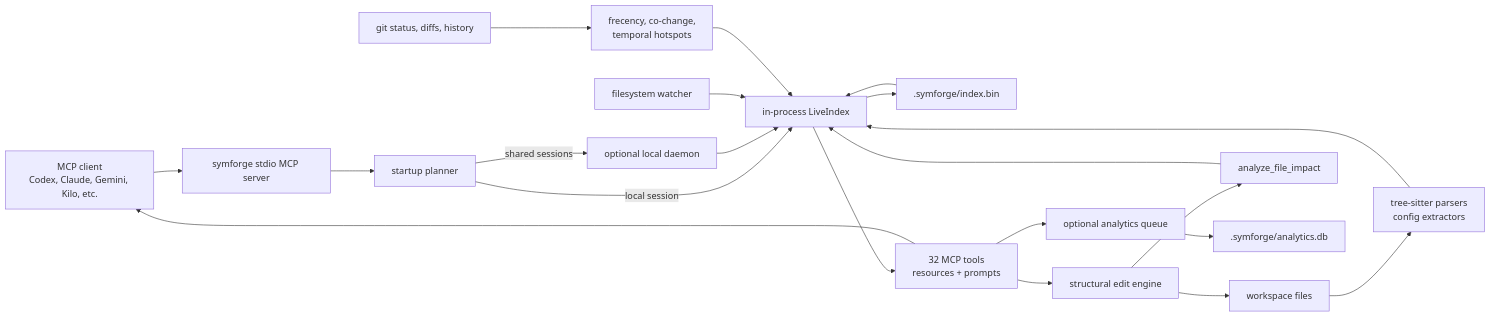
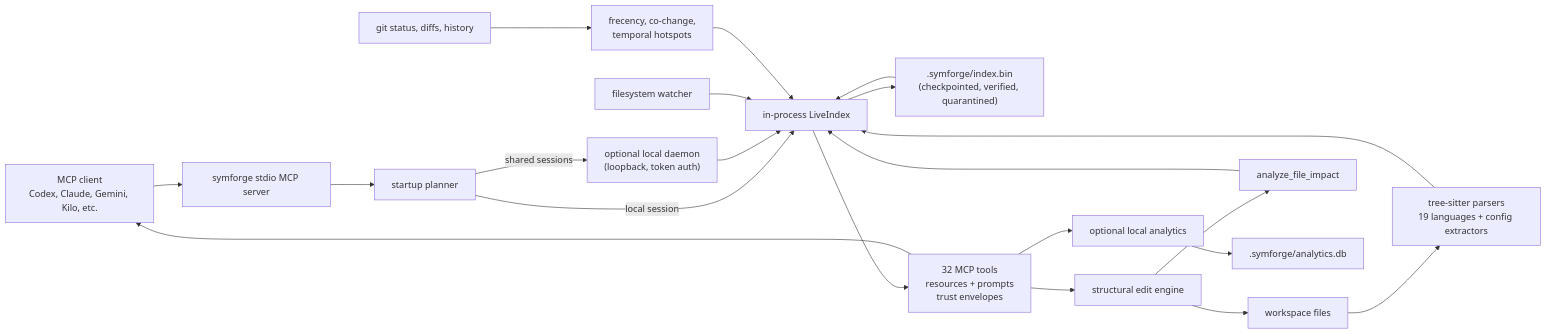
The first of 2 diagrams in README.md (special-place-ai-heaven/symforge), drawn with Mermaid before and after one commit. The commit also changed other lines of this file, not shown here.

````diff
--- a/README.md
+++ b/README.md
@@ -61,29 +126,29 @@
 ```mermaid
 flowchart LR
     Client["MCP client<br/>Codex, Claude, Gemini, Kilo, etc."] --> Server["symforge stdio MCP server"]
 
     Server --> Startup["startup planner"]
     Startup -->|local session| Local["in-process LiveIndex"]
-    Startup -->|shared sessions| Daemon["optional local daemon"]
+    Startup -->|shared sessions| Daemon["optional local daemon<br/>(loopback, token auth)"]
     Daemon --> Local
 
-    Workspace["workspace files"] --> Parser["tree-sitter parsers<br/>config extractors"]
+    Workspace["workspace files"] --> Parser["tree-sitter parsers<br/>19 languages + config extractors"]
     Parser --> Local
     Watcher["filesystem watcher"] --> Local
     Git["git status, diffs, history"] --> Signals["frecency, co-change,<br/>temporal hotspots"]
     Signals --> Local
 
-    Local --> Snapshot[".symforge/index.bin"]
+    Local --> Snapshot[".symforge/index.bin<br/>(checkpointed, verified, quarantined)"]
     Snapshot --> Local
 
-    Local --> Tools["32 MCP tools<br/>resources + prompts"]
+    Local --> Tools["32 MCP tools<br/>resources + prompts<br/>trust envelopes"]
     Tools --> Client
 
     Tools --> Edits["structural edit engine"]
     Edits --> Workspace
     Edits --> Impact["analyze_file_impact"]
     Impact --> Local
 
-    Tools --> Analytics["optional analytics queue"]
+    Tools --> Analytics["optional local analytics"]
     Analytics --> AnalyticsDb[".symforge/analytics.db"]
 ```
````
